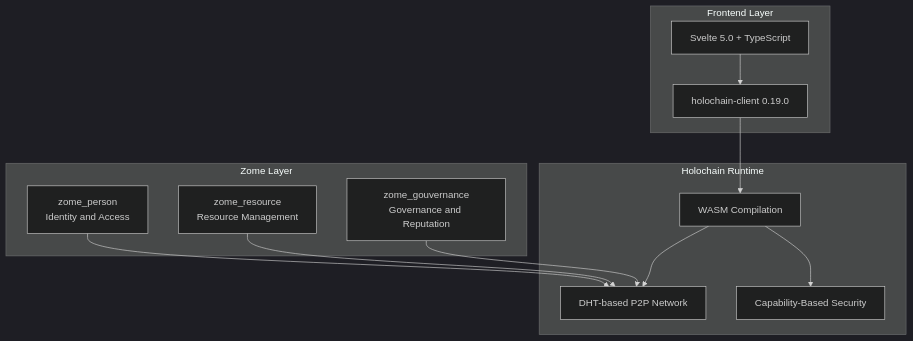
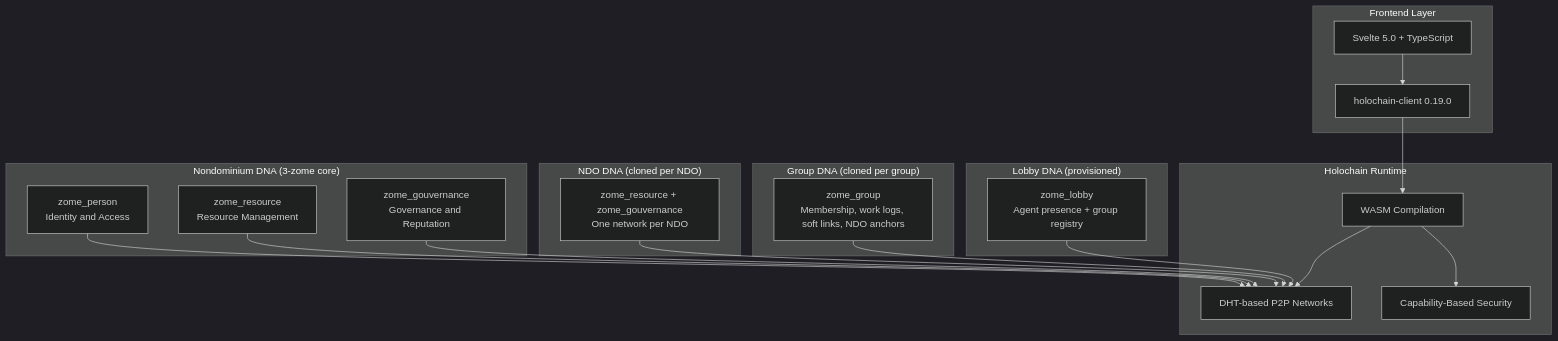
Before and after one commit to Sensorica/nondominium: the first of 13 diagrams in documentation/ARCHITECTURE_COMPONENTS.md, drawn with Mermaid (dark theme). The commit also changed other lines of this file and 8 other files, not shown here.

````diff
--- a/documentation/ARCHITECTURE_COMPONENTS.md
+++ b/documentation/ARCHITECTURE_COMPONENTS.md
@@ -20,28 +28,43 @@
 ```mermaid
 graph TB
     subgraph "Frontend Layer"
         UI["Svelte 5.0 + TypeScript"]
         Client["holochain-client 0.19.0"]
     end
 
     subgraph "Holochain Runtime"
         WASM[WASM Compilation]
-        DHT[DHT-based P2P Network]
+        DHT[DHT-based P2P Networks]
         CapSec[Capability-Based Security]
     end
 
-    subgraph "Zome Layer"
+    subgraph "Lobby DNA (provisioned)"
+        Lobby["zome_lobby<br/>Agent presence + group registry"]
+    end
+
+    subgraph "Group DNA (cloned per group)"
+        Group["zome_group<br/>Membership, work logs, soft links, NDO anchors"]
+    end
+
+    subgraph "NDO DNA (cloned per NDO)"
+        NdoCell["zome_resource + zome_gouvernance<br/>One network per NDO"]
+    end
+
+    subgraph "Nondominium DNA (3-zome core)"
         Person["zome_person<br/>Identity and Access"]
         Resource["zome_resource<br/>Resource Management"]
         Gov["zome_gouvernance<br/>Governance and Reputation"]
     end
 
     UI --> Client
     Client --> WASM
     WASM --> DHT
     WASM --> CapSec
 
+    Lobby --> DHT
+    Group --> DHT
+    NdoCell --> DHT
     Person --> DHT
     Resource --> DHT
     Gov --> DHT
 ```
````
